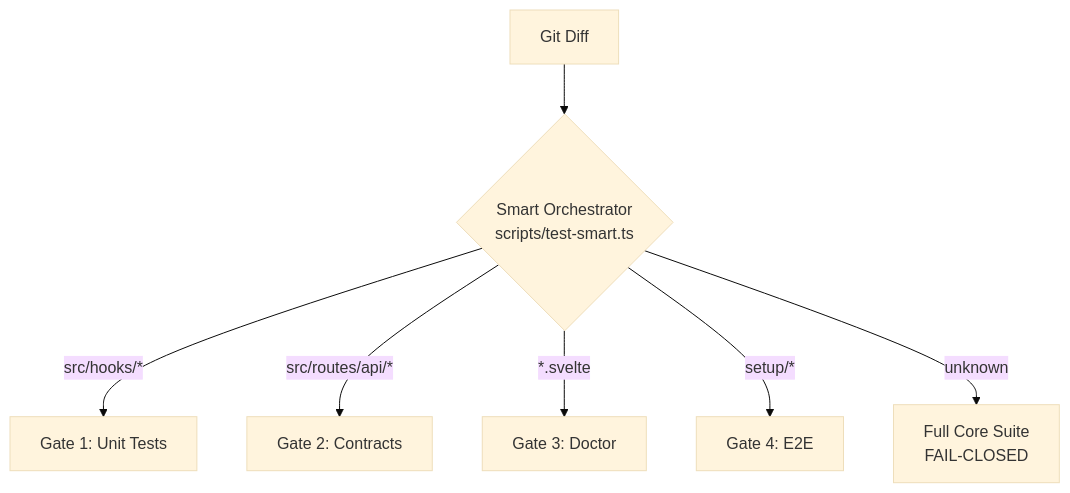
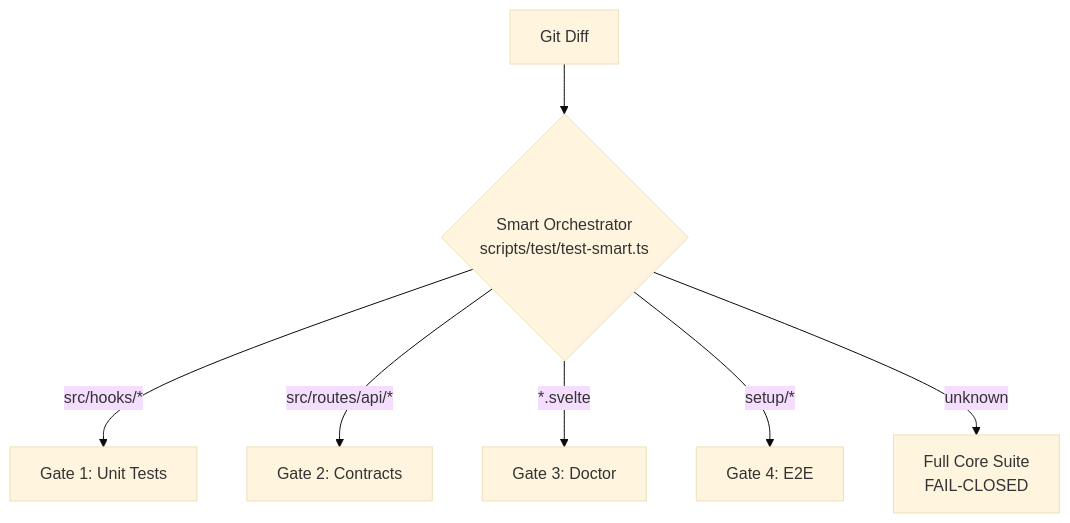
One commit to SveltyCMS/SveltyCMS changed the diagram in docs/tests/testing-strategy.mdx. Above: the diagram before and after it, drawn with Mermaid (base theme). The commit also changed 333 other files, not shown here.

````diff
--- a/docs/tests/testing-strategy.mdx
+++ b/docs/tests/testing-strategy.mdx
@@ -41,10 +41,10 @@
 ```mermaid
 graph TD
-    GitDiff[Git Diff] --> SmartOrch{Smart Orchestrator<br>scripts/test-smart.ts}
+    GitDiff[Git Diff] --> SmartOrch{Smart Orchestrator<br>scripts/test/test-smart.ts}
 
     SmartOrch -->|"src/hooks/*"| Gate1[Gate 1: Unit Tests]
     SmartOrch -->|"src/routes/api/*"| Gate2[Gate 2: Contracts]
     SmartOrch -->|"*.svelte"| Gate3[Gate 3: Doctor]
     SmartOrch -->|"setup/*"| Gate4[Gate 4: E2E]
     SmartOrch -->|"unknown"| FullCore[Full Core Suite<br>FAIL-CLOSED]
 ```
````
